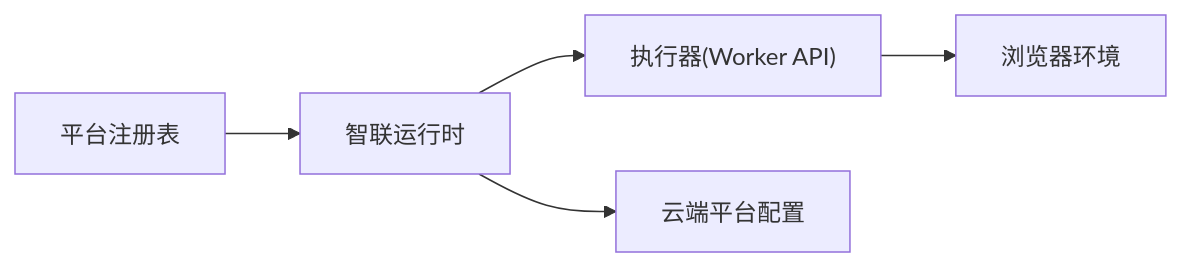
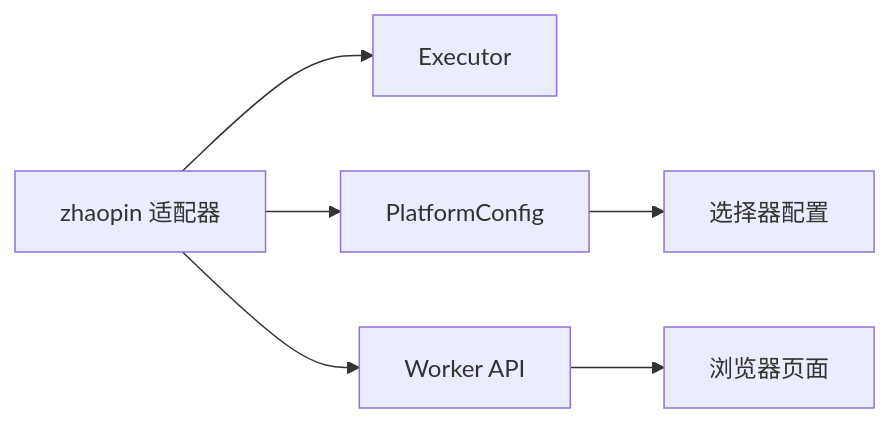
The eighth of 8 diagrams in .qoder/repowiki/zh/content/本地执行器/平台适配器/智联招聘适配器/智联招聘适配器.md (alvinwangzi/goodhr), drawn with Mermaid before and after one commit. The commit also changed other lines of this file and 149 other files, not shown here.

````diff
--- a/.qoder/repowiki/zh/content/本地执行器/平台适配器/智联招聘适配器/智联招聘适配器.md
+++ b/.qoder/repowiki/zh/content/本地执行器/平台适配器/智联招聘适配器/智联招聘适配器.md
@@ -294,7 +338,8 @@
 ```mermaid
 graph LR
-Reg["平台注册表"] --> ZR["智联运行时"]
-ZR --> Exec["执行器(Worker API)"]
-ZR --> Cfg["云端平台配置"]
-Exec --> Browser["浏览器环境"]
+ZR["zhaopin 适配器"] --> EX["Executor"]
+ZR --> CF["PlatformConfig"]
+ZR --> WA["Worker API"]
+WA --> BR["浏览器页面"]
+CF --> SEL["选择器配置"]
 ```
````
